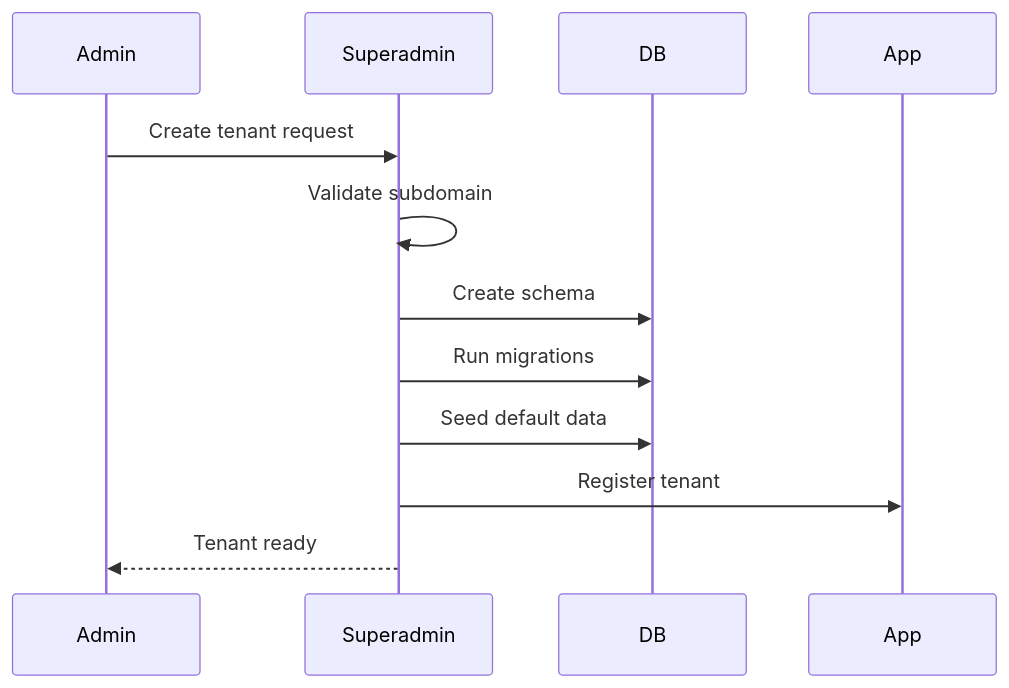
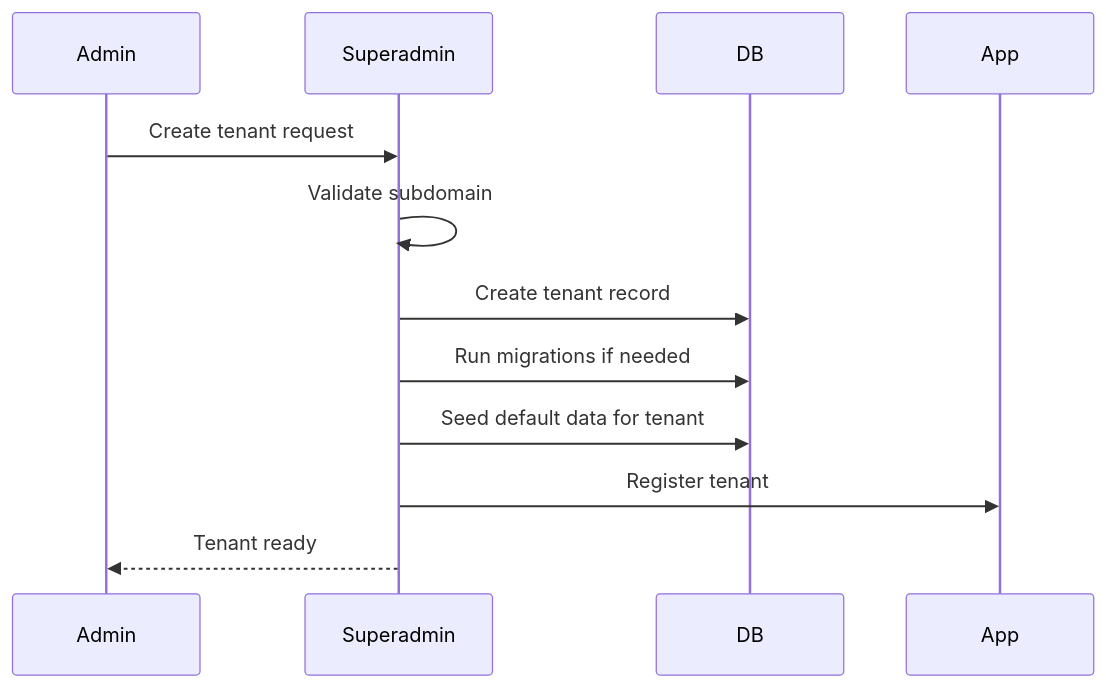
Before and after one commit to iota-uz/iota-sdk: the eighth of 11 diagrams in docs/content/architecture/multi-tenancy.mdx, drawn with Mermaid. The commit also changed other lines of this file and 4 other files, not shown here.

First line of the commit message:
docs: fix architecture (BuiltInModules, multi-tenancy, frontend, DDD)

````diff
--- a/docs/content/architecture/multi-tenancy.mdx
+++ b/docs/content/architecture/multi-tenancy.mdx
@@ -209,15 +179,15 @@
 ```mermaid
 sequenceDiagram
     participant Admin
     participant Superadmin
     participant DB
     participant App
     
     Admin->>Superadmin: Create tenant request
     Superadmin->>Superadmin: Validate subdomain
-    Superadmin->>DB: Create schema
-    Superadmin->>DB: Run migrations
-    Superadmin->>DB: Seed default data
+    Superadmin->>DB: Create tenant record
+    Superadmin->>DB: Run migrations if needed
+    Superadmin->>DB: Seed default data for tenant
     Superadmin->>App: Register tenant
     Superadmin-->>Admin: Tenant ready
 ```
````
